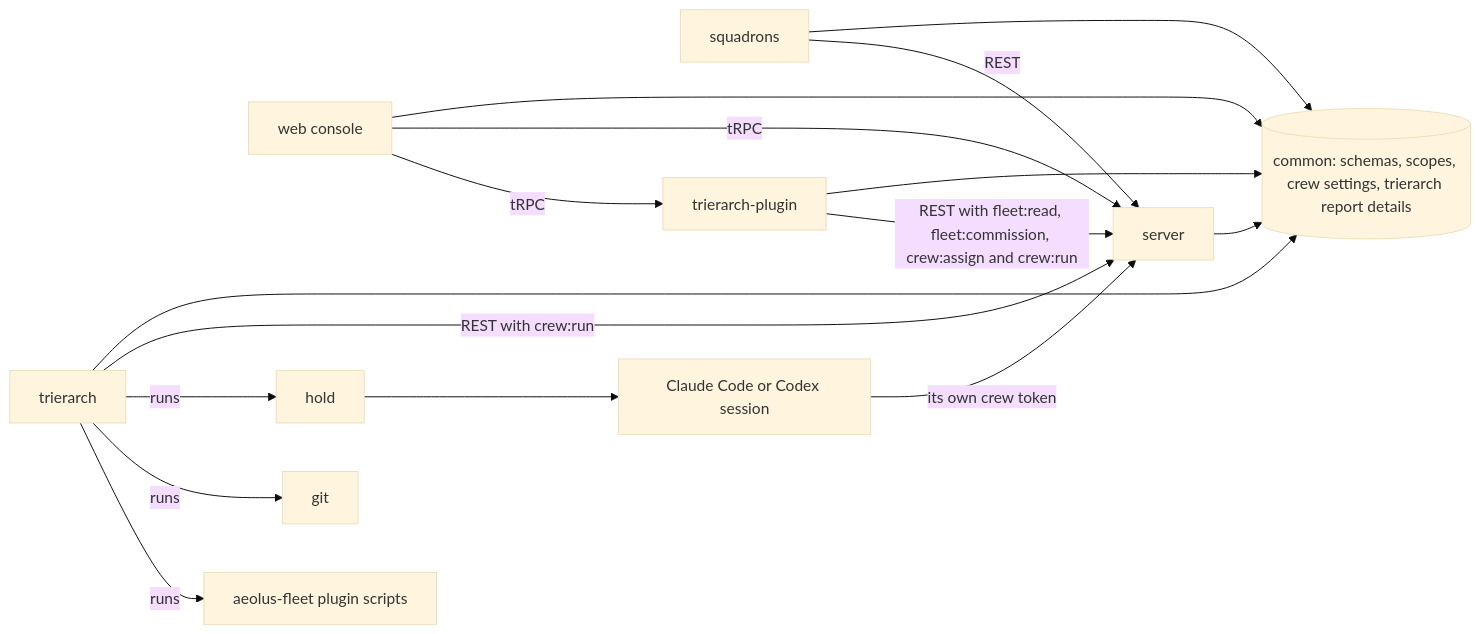
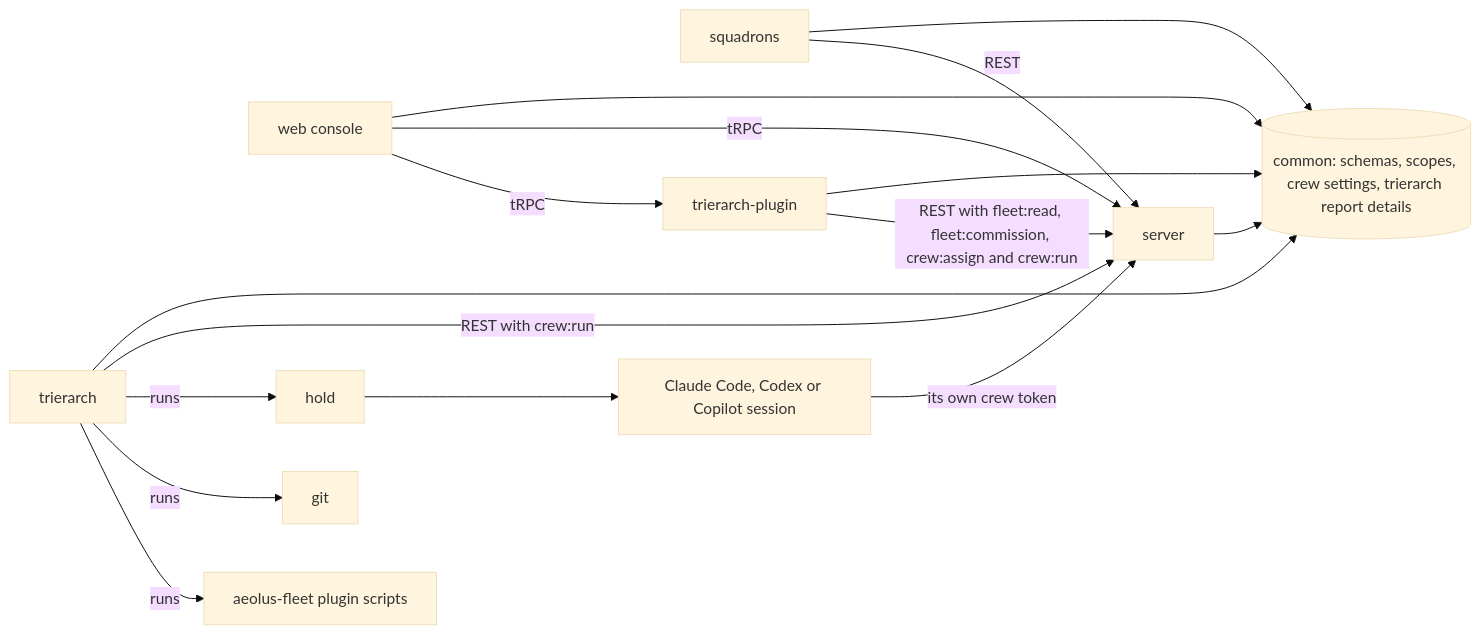
Before and after one commit to ThomasHendrickx/aeolus-fleet-trierarch: the fifth of 5 diagrams in docs/architecture.md, drawn with Mermaid (base theme). The commit also changed other lines of this file and 3 other files, not shown here.

````diff
--- a/docs/architecture.md
+++ b/docs/architecture.md
@@ -167,19 +167,19 @@
 ```mermaid
 flowchart LR
   common[(common: schemas, scopes, crew settings, trierarch report details)]
   server[server] --> common
   web[web console] --> common
   squadrons[squadrons] --> common
   plugin[trierarch-plugin] --> common
   trierarch[trierarch] --> common
   web -- tRPC --> server
   web -- tRPC --> plugin
   squadrons -- REST --> server
   plugin -- REST with fleet:read, fleet:commission, crew:assign and crew:run --> server
   trierarch -- REST with crew:run --> server
   trierarch -- runs --> hold[hold]
   trierarch -- runs --> git[git]
   trierarch -- runs --> aeolusplugin[aeolus-fleet plugin scripts]
-  hold --> session[Claude Code or Codex session]
+  hold --> session[Claude Code, Codex or Copilot session]
   session -- its own crew token --> server
 ```
````
